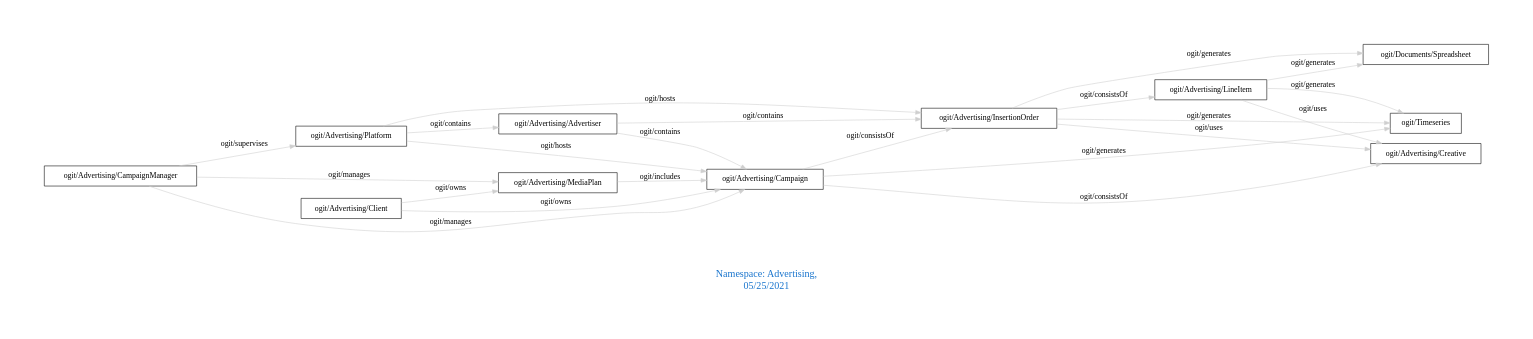
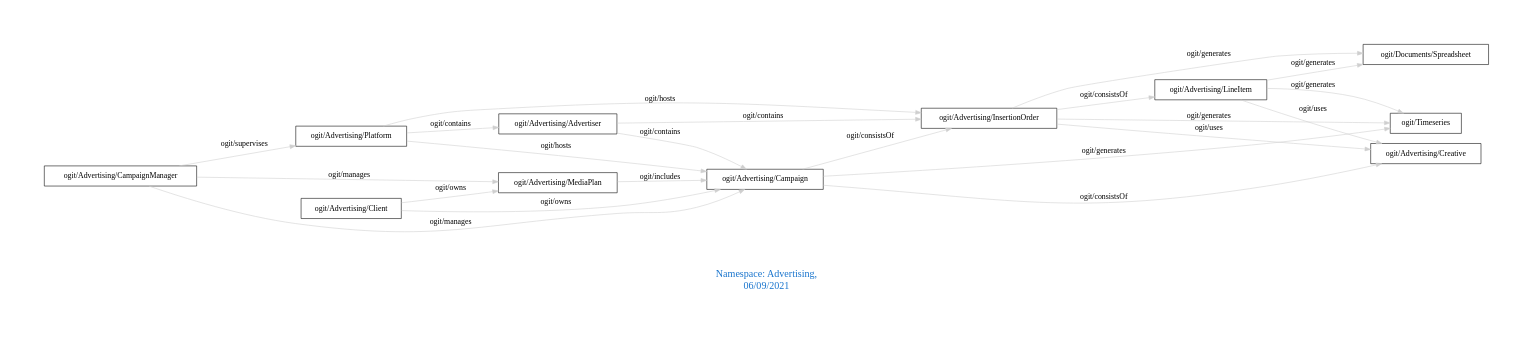
One commit to arago/OGIT changed the diagram in downloads/Advertising.dot. Above: the diagram before and after it, drawn with Graphviz. The commit also changed 1909 other files, not shown here.

```diff
--- a/downloads/Advertising.dot
+++ b/downloads/Advertising.dot
@@ -1,29 +1,29 @@
 digraph OGIT_ontology {
  graph [ rankdir= LR,pad=1 
 fontsize = 18,
-fontcolor= dodgerblue3,label = "\n\n\nNamespace: Advertising, \n 05/25/2021"];
+fontcolor= dodgerblue3,label = "\n\n\nNamespace: Advertising, \n 06/09/2021"];
 node[shape=polygon];
 edge [  color="gray81"];
 
    "ogit/Advertising/Advertiser" -> "ogit/Advertising/Campaign" [label="   ogit/contains    "];
    "ogit/Advertising/Advertiser" -> "ogit/Advertising/InsertionOrder" [label="   ogit/contains    "];
    "ogit/Advertising/Platform" -> "ogit/Advertising/Advertiser" [label="   ogit/contains    "];
    "ogit/Advertising/CampaignManager" -> "ogit/Advertising/MediaPlan" [label="   ogit/manages    "];
    "ogit/Advertising/CampaignManager" -> "ogit/Advertising/Campaign" [label="   ogit/manages    "];
    "ogit/Advertising/Platform" -> "ogit/Advertising/Campaign" [label="   ogit/hosts    "];
    "ogit/Advertising/Platform" -> "ogit/Advertising/InsertionOrder" [label="   ogit/hosts    "];
    "ogit/Advertising/CampaignManager" -> "ogit/Advertising/Platform" [label="   ogit/supervises    "];
    "ogit/Advertising/Campaign" -> "ogit/Timeseries" [label="   ogit/generates    "];
    "ogit/Advertising/InsertionOrder" -> "ogit/Timeseries" [label="   ogit/generates    "];
    "ogit/Advertising/InsertionOrder" -> "ogit/Documents/Spreadsheet" [label="   ogit/generates    "];
    "ogit/Advertising/LineItem" -> "ogit/Timeseries" [label="   ogit/generates    "];
    "ogit/Advertising/LineItem" -> "ogit/Documents/Spreadsheet" [label="   ogit/generates    "];
    "ogit/Advertising/MediaPlan" -> "ogit/Advertising/Campaign" [label="   ogit/includes    "];
    "ogit/Advertising/Client" -> "ogit/Advertising/MediaPlan" [label="   ogit/owns    "];
    "ogit/Advertising/Client" -> "ogit/Advertising/Campaign" [label="   ogit/owns    "];
    "ogit/Advertising/InsertionOrder" -> "ogit/Advertising/Creative" [label="   ogit/uses    "];
    "ogit/Advertising/LineItem" -> "ogit/Advertising/Creative" [label="   ogit/uses    "];
    "ogit/Advertising/Campaign" -> "ogit/Advertising/InsertionOrder" [label="   ogit/consistsOf    "];
    "ogit/Advertising/Campaign" -> "ogit/Advertising/Creative" [label="   ogit/consistsOf    "];
    "ogit/Advertising/InsertionOrder" -> "ogit/Advertising/LineItem" [label="   ogit/consistsOf    "];
 }
```
